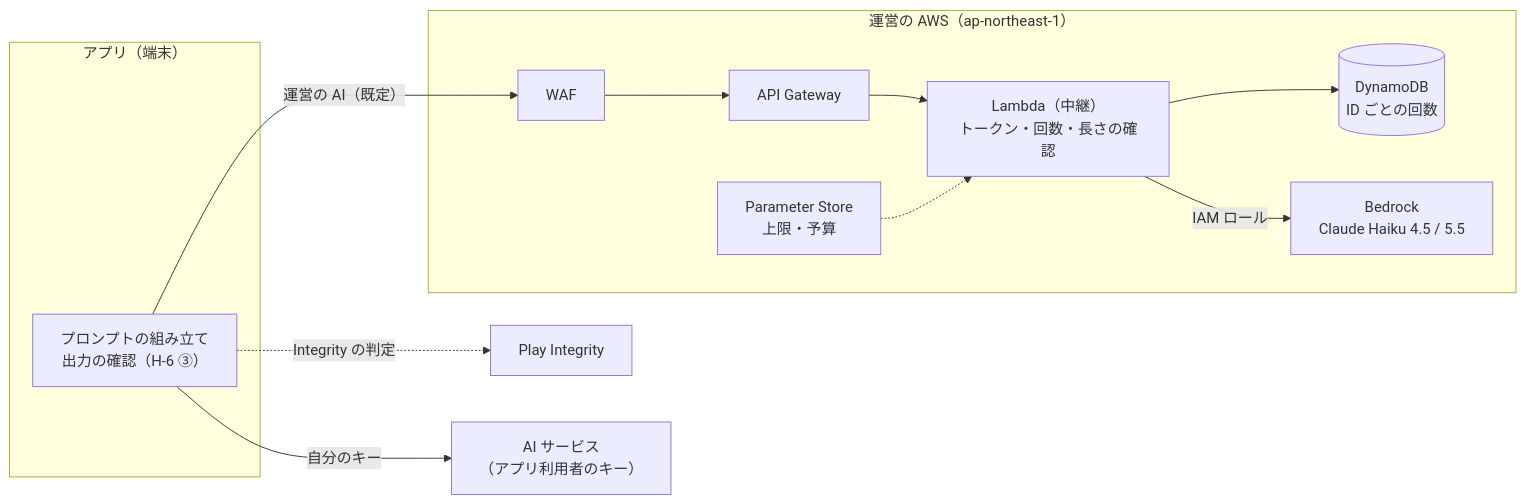
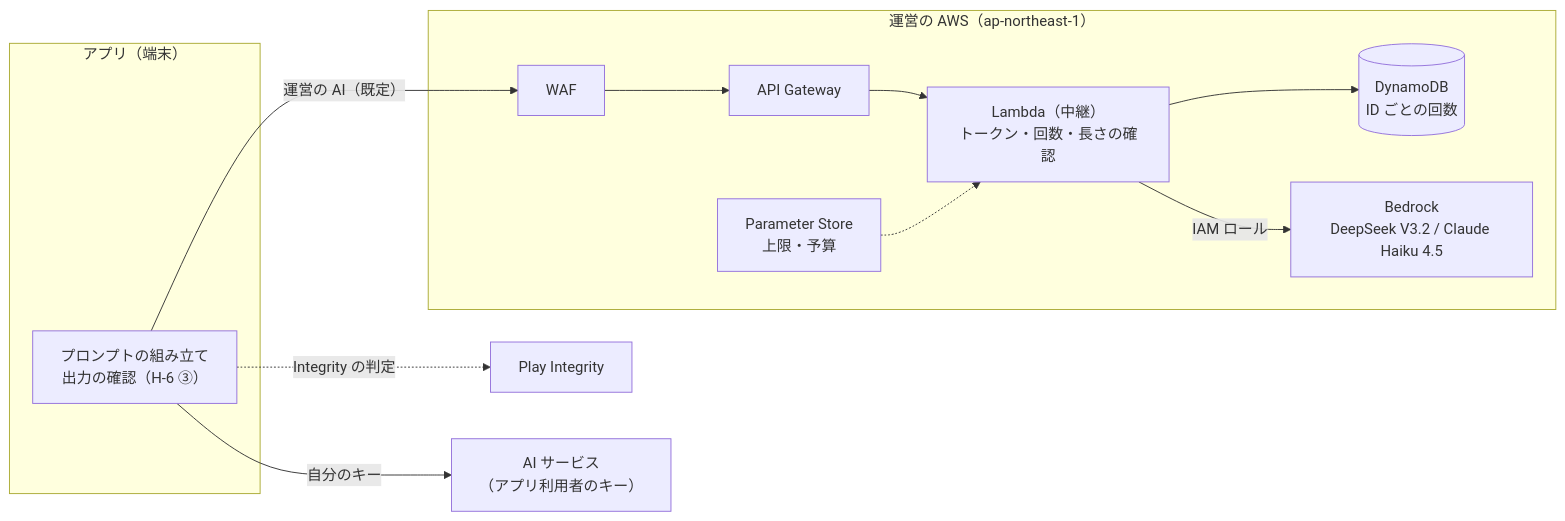
One commit to duwenji/yorisoi-platform changed the diagram in docs/decisions/ADR-AI-RELAY.md. Above: the diagram before and after it, drawn with Mermaid. The commit also changed other lines of this file and 2 other files, not shown here.

First line of the commit message:
docs: the relay runs DeepSeek V3.2 in Tokyo, switchable to Haiku 4.5

````diff
--- a/docs/decisions/ADR-AI-RELAY.md
+++ b/docs/decisions/ADR-AI-RELAY.md
@@ -92,17 +92,17 @@
 ```mermaid
 flowchart LR
   subgraph APP["アプリ（端末）"]
     P["プロンプトの組み立て<br/>出力の確認（H-6 ③）"]
   end
   subgraph AWS["運営の AWS（ap-northeast-1）"]
     WAF["WAF"] --> GW["API Gateway"] --> L["Lambda（中継）<br/>トークン・回数・長さの確認"]
     L --> DB[("DynamoDB<br/>ID ごとの回数")]
-    L -- "IAM ロール" --> BR["Bedrock<br/>Claude Haiku 4.5 / 5.5"]
+    L -- "IAM ロール" --> BR["Bedrock<br/>DeepSeek V3.2 / Claude Haiku 4.5"]
     PS["Parameter Store<br/>上限・予算"] -.-> L
   end
   PI["Play Integrity"]
   AIS["AI サービス<br/>（アプリ利用者のキー）"]
   P -- "運営の AI（既定）" --> WAF
   P -. "Integrity の判定" .-> PI
   P -- "自分のキー" --> AIS
 ```
````
